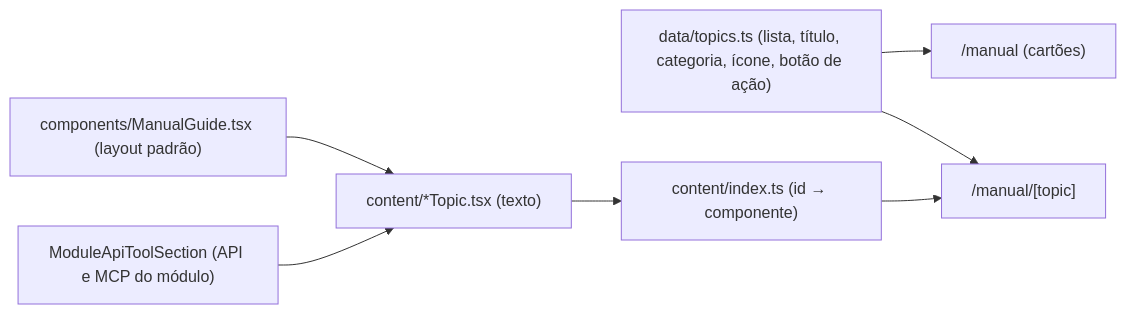
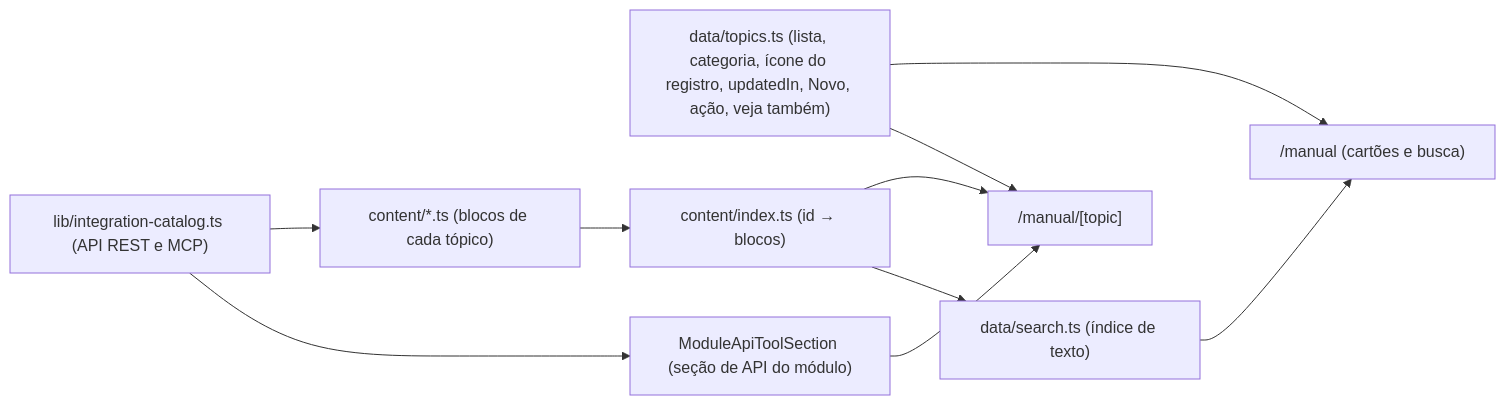
The diagram in docs/fluxos/manual-e-ajuda.md (wanderalvess/agile-space-frontend), drawn with Mermaid before and after one commit. The commit also changed other lines of this file, not shown here.

Commit message:
docs(manual): atualiza o fluxo do Manual (rota com login, texto em dados, campos à mão)

````diff
--- a/docs/fluxos/manual-e-ajuda.md
+++ b/docs/fluxos/manual-e-ajuda.md
@@ -22,9 +28,12 @@
 ```mermaid
 flowchart LR
-    A["data/topics.ts (lista, título, categoria, ícone, botão de ação)"] --> B["/manual (cartões)"]
+    A["data/topics.ts (lista, categoria, ícone do registro, updatedIn, Novo, ação, veja também)"] --> B["/manual (cartões e busca)"]
     A --> C["/manual/[topic]"]
-    D["content/index.ts (id → componente)"] --> C
-    E["content/*Topic.tsx (texto)"] --> D
-    F["components/ManualGuide.tsx (layout padrão)"] --> E
-    G["ModuleApiToolSection (API e MCP do módulo)"] --> E
+    D["content/*.ts (blocos de cada tópico)"] --> E["content/index.ts (id → blocos)"]
+    E --> C
+    E --> F["data/search.ts (índice de texto)"]
+    F --> B
+    G["lib/integration-catalog.ts (API REST e MCP)"] --> D
+    G --> H["ModuleApiToolSection (seção de API do módulo)"]
+    H --> C
 ```
````
